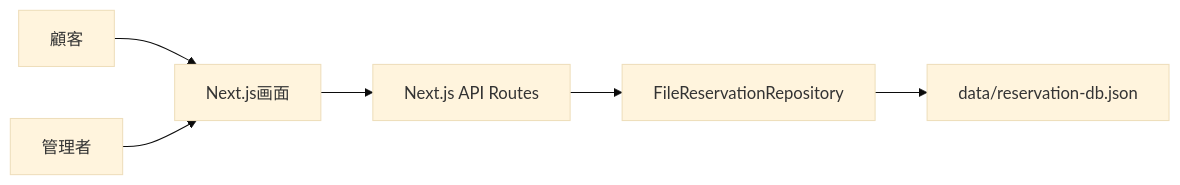
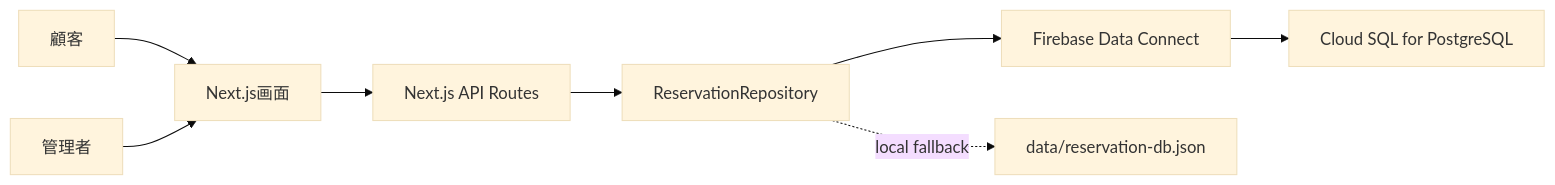
The diagram in docs/00-system-overview.md (MichitaroNoge/reservation-system), drawn with Mermaid (base theme) before and after one commit. The commit also changed other lines of this file and 42 other files, not shown here.

Commit message:
Move persistence to Firebase Data Connect

````diff
--- a/docs/00-system-overview.md
+++ b/docs/00-system-overview.md
@@ -65,8 +43,10 @@
 ```mermaid
 flowchart LR
   Customer["顧客"] --> UI["Next.js画面"]
   Admin["管理者"] --> UI
   UI --> API["Next.js API Routes"]
-  API --> Repo["FileReservationRepository"]
-  Repo --> JsonDb["data/reservation-db.json"]
+  API --> Repo["ReservationRepository"]
+  Repo --> DataConnect["Firebase Data Connect"]
+  DataConnect --> Postgres["Cloud SQL for PostgreSQL"]
+  Repo -. local fallback .-> FileDb["data/reservation-db.json"]
 ```
````
